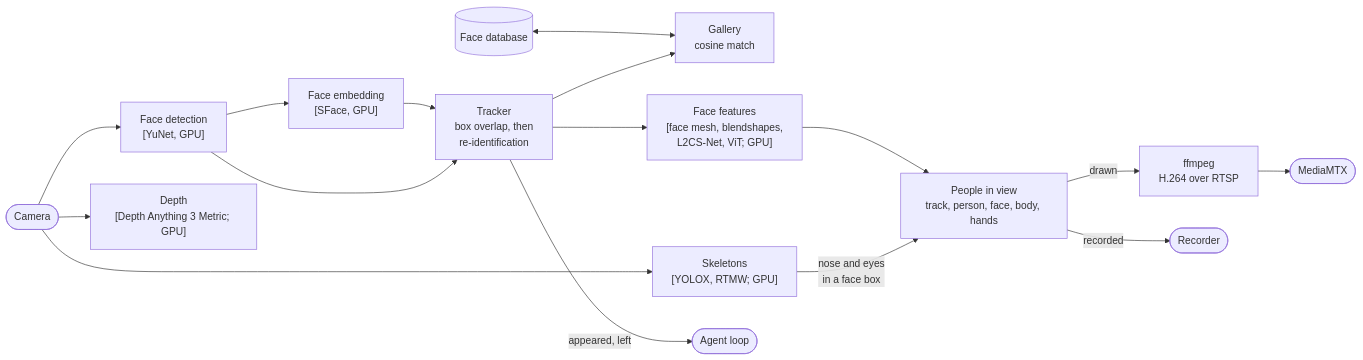
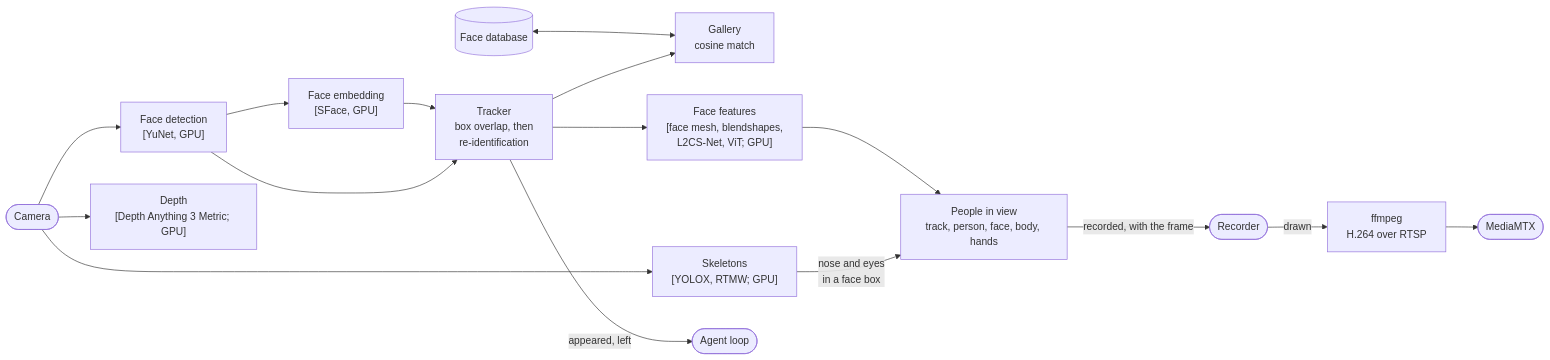
The fifth of 9 diagrams in docs/ARCHITECTURE.md (lokiledev/robot-voice-agent), drawn with Mermaid before and after one commit. The commit also changed other lines of this file and 25 other files, not shown here.

````diff
--- a/docs/ARCHITECTURE.md
+++ b/docs/ARCHITECTURE.md
@@ -171,17 +173,17 @@
 ```mermaid
 flowchart LR
     cam([Camera]) --> det["Face detection<br/>[YuNet, GPU]"]
     det --> emb["Face embedding<br/>[SFace, GPU]"]
     det & emb --> trk["Tracker<br/>box overlap, then<br/>re-identification"]
     trk --> gal["Gallery<br/>cosine match"]
     db[("Face database")] <--> gal
     trk --> feat["Face features<br/>[face mesh, blendshapes,<br/>L2CS-Net, ViT; GPU]"]
     cam --> body["Skeletons<br/>[YOLOX, RTMW; GPU]"]
     cam --> depth["Depth<br/>[Depth Anything 3 Metric; GPU]"]
     body -- "nose and eyes<br/>in a face box" --> scene["People in view<br/>track, person, face, body, hands"]
     feat --> scene
     trk -- "appeared, left" --> loop([Agent loop])
-    scene -- "drawn" --> ff["ffmpeg<br/>H.264 over RTSP"]
-    scene -- "recorded" --> rec([Recorder])
+    scene -- "recorded, with the frame" --> rec([Recorder])
+    rec -- "drawn" --> ff["ffmpeg<br/>H.264 over RTSP"]
     ff --> mtx([MediaMTX])
 ```
````
